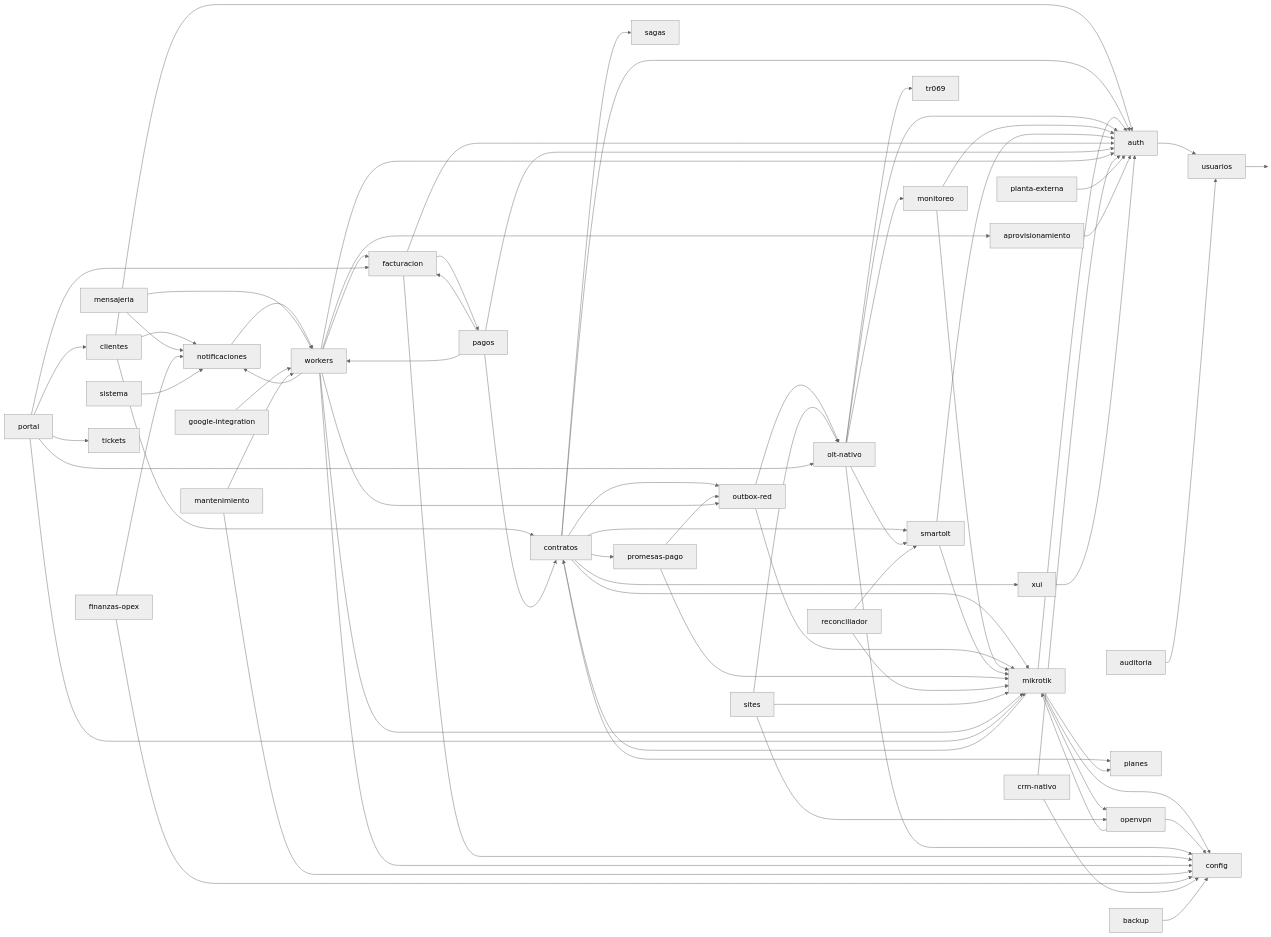
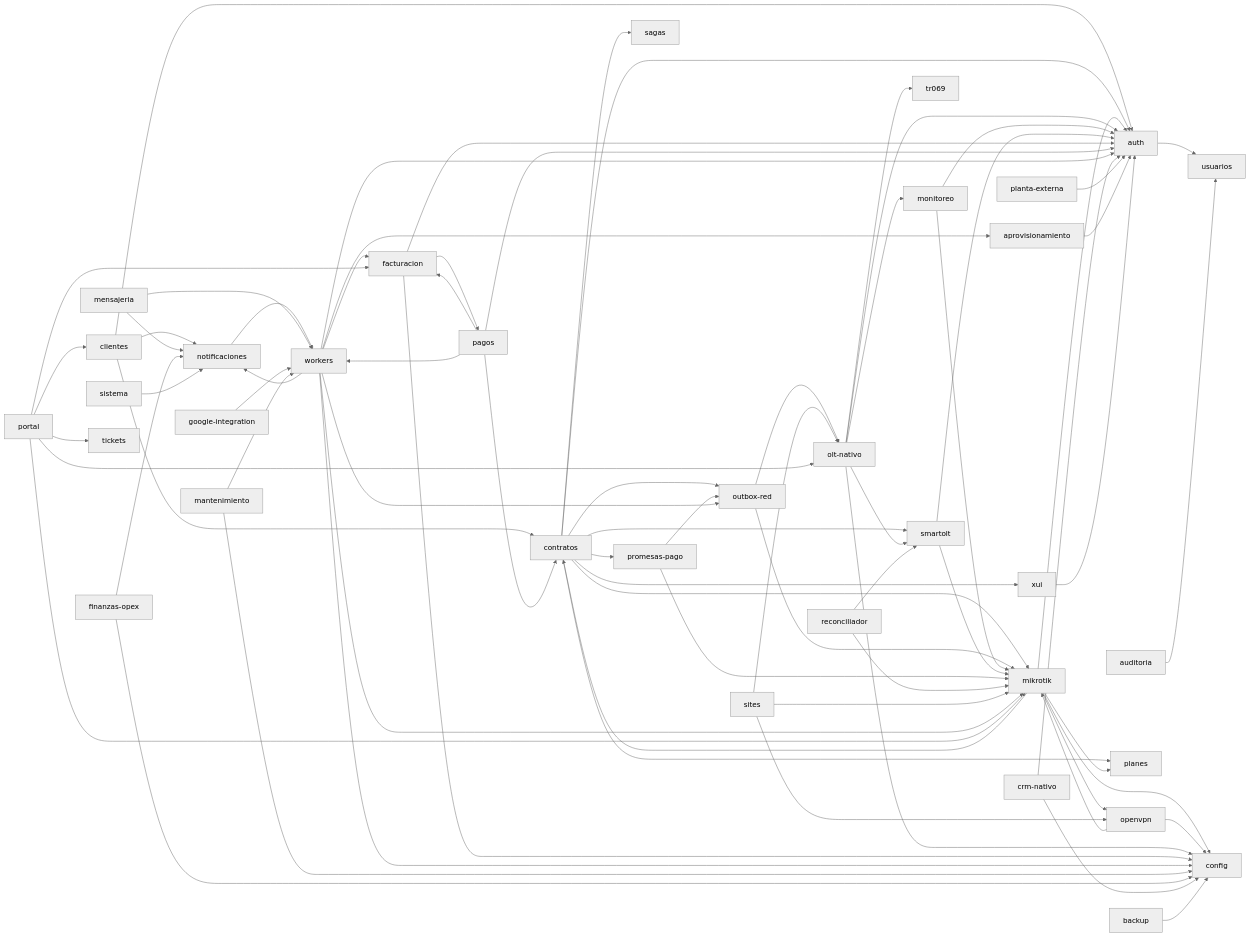
Before and after one commit to datafastperu-cmyk/datafast-crm: the second of 3 diagrams in docs/auditoria/01-arquitectura-y-modulos.md, drawn with Mermaid (neutral theme). The commit also changed 34 other files, not shown here.

````diff
--- a/docs/auditoria/01-arquitectura-y-modulos.md
+++ b/docs/auditoria/01-arquitectura-y-modulos.md
@@ -841,36 +841,33 @@
 ```mermaid
 flowchart LR
-    usuarios --> nada1[ ]:::hidden
     auth --> usuarios
     auditoria --> usuarios
 
     clientes --> auth & contratos & notificaciones
     contratos --> auth & mikrotik & outboxred[outbox-red] & planes & promesas[promesas-pago] & sagas & smartolt & xui
     mikrotik --> auth & config & contratos & openvpn & planes
     openvpn --> config & mikrotik
     outboxred --> mikrotik & oltnativo[olt-nativo]
     oltnativo --> auth & config & monitoreo & smartolt & tr069
     monitoreo --> auth & mikrotik
     smartolt --> auth & mikrotik
     promesas --> mikrotik & outboxred
     reconciliador --> mikrotik & smartolt
     sites --> mikrotik & oltnativo & openvpn
 
     facturacion --> auth & config & pagos
     pagos --> auth & contratos & facturacion & workers
     workers --> aprovisionamiento & auth & config & facturacion & mikrotik & notificaciones & outboxred
     notificaciones --> workers
     mensajeria --> notificaciones & workers
     google[google-integration] --> workers
     mantenimiento --> config & workers
     finanzas[finanzas-opex] --> config & notificaciones
     sistema --> notificaciones
     portal --> clientes & facturacion & mikrotik & oltnativo & tickets
     crmnativo[crm-nativo] --> auth & config
     backup --> config
     plantaexterna[planta-externa] --> auth
     aprovisionamiento --> auth
     xui --> auth
-
-    classDef hidden display:none
 ```
````
